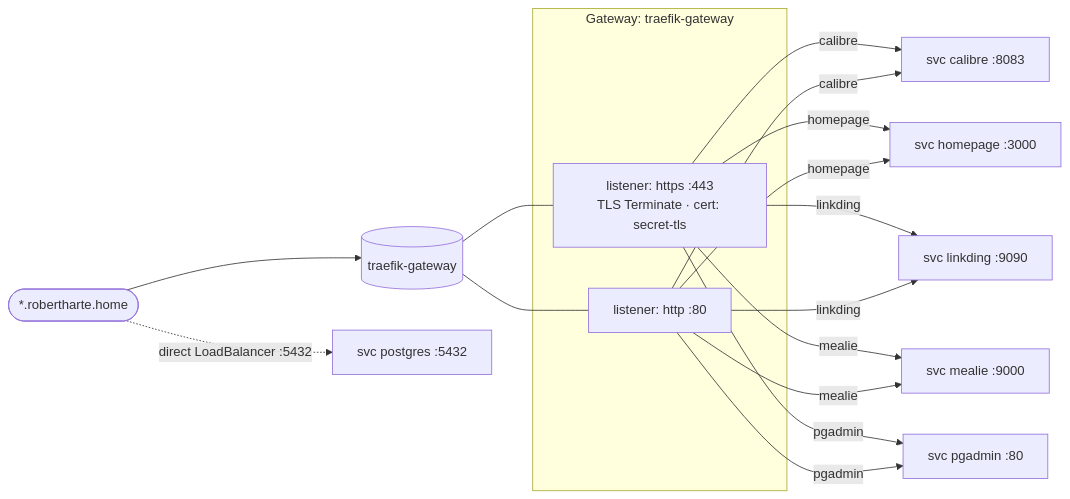
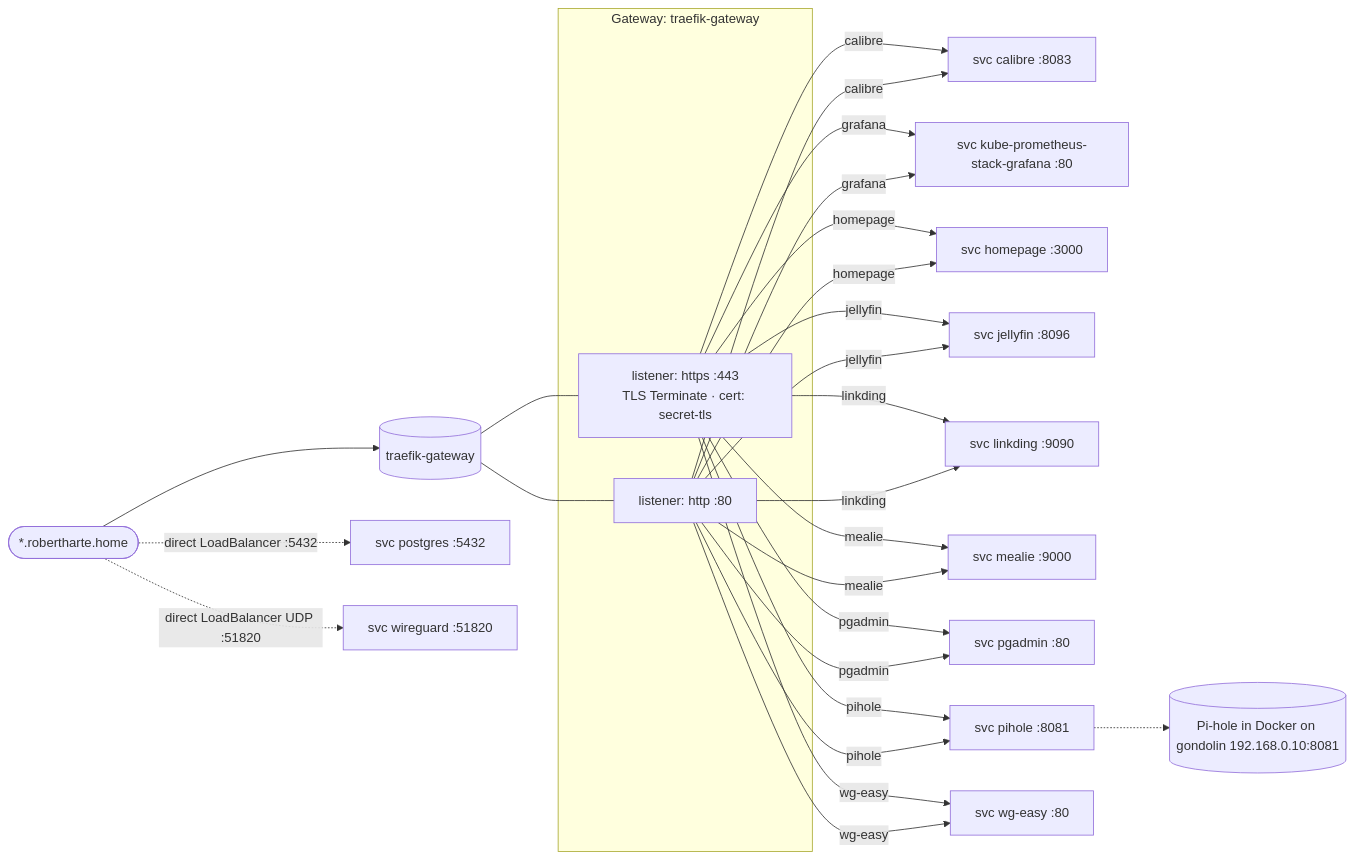
One commit to Robert-Harte/homelab-kubernetes changed the diagram in wiki/HTTPRoutes.md. Above: the diagram before and after it, drawn with Mermaid. The commit also changed other lines of this file and 3 other files, not shown here.

````diff
--- a/wiki/HTTPRoutes.md
+++ b/wiki/HTTPRoutes.md
@@ -7,27 +7,38 @@
 ```mermaid
 flowchart LR
     U([*.robertharte.home]) --> GW
 
     subgraph gw ["Gateway: traefik-gateway"]
         L80["listener: http :80"]
         L443["listener: https :443<br/>TLS Terminate · cert: secret-tls"]
     end
 
     GW[(traefik-gateway)] --- L80
     GW --- L443
 
     %% Every HTTPRoute attaches to both the http and https listeners.
     L443 -->|calibre| SVC1[svc calibre :8083]
     L80  -->|calibre| SVC1
-    L443 -->|homepage| SVC2[svc homepage :3000]
-    L80  -->|homepage| SVC2
-    L443 -->|linkding| SVC3[svc linkding :9090]
-    L80  -->|linkding| SVC3
-    L443 -->|mealie| SVC4[svc mealie :9000]
-    L80  -->|mealie| SVC4
-    L443 -->|pgadmin| SVC5[svc pgadmin :80]
-    L80  -->|pgadmin| SVC5
+    L443 -->|grafana| SVC2[svc kube-prometheus-stack-grafana :80]
+    L80  -->|grafana| SVC2
+    L443 -->|homepage| SVC3[svc homepage :3000]
+    L80  -->|homepage| SVC3
+    L443 -->|jellyfin| SVC4[svc jellyfin :8096]
+    L80  -->|jellyfin| SVC4
+    L443 -->|linkding| SVC5[svc linkding :9090]
+    L80  -->|linkding| SVC5
+    L443 -->|mealie| SVC6[svc mealie :9000]
+    L80  -->|mealie| SVC6
+    L443 -->|pgadmin| SVC7[svc pgadmin :80]
+    L80  -->|pgadmin| SVC7
+    L443 -->|pihole| SVC8[svc pihole :8081]
+    L80  -->|pihole| SVC8
+    L443 -->|wg-easy| SVC9[svc wg-easy :80]
+    L80  -->|wg-easy| SVC9
 
-    %% postgres is NOT routed through the Gateway — it uses its own LoadBalancer.
+    SVC8 -.-> EXT[(Pi-hole in Docker on gondolin 192.168.0.10:8081)]
+
+    %% postgres and wireguard are NOT routed through the Gateway — each uses its own LoadBalancer.
     U -. direct LoadBalancer :5432 .-> PG[svc postgres :5432]
+    U -. direct LoadBalancer UDP :51820 .-> WG[svc wireguard :51820]
 ```
````
